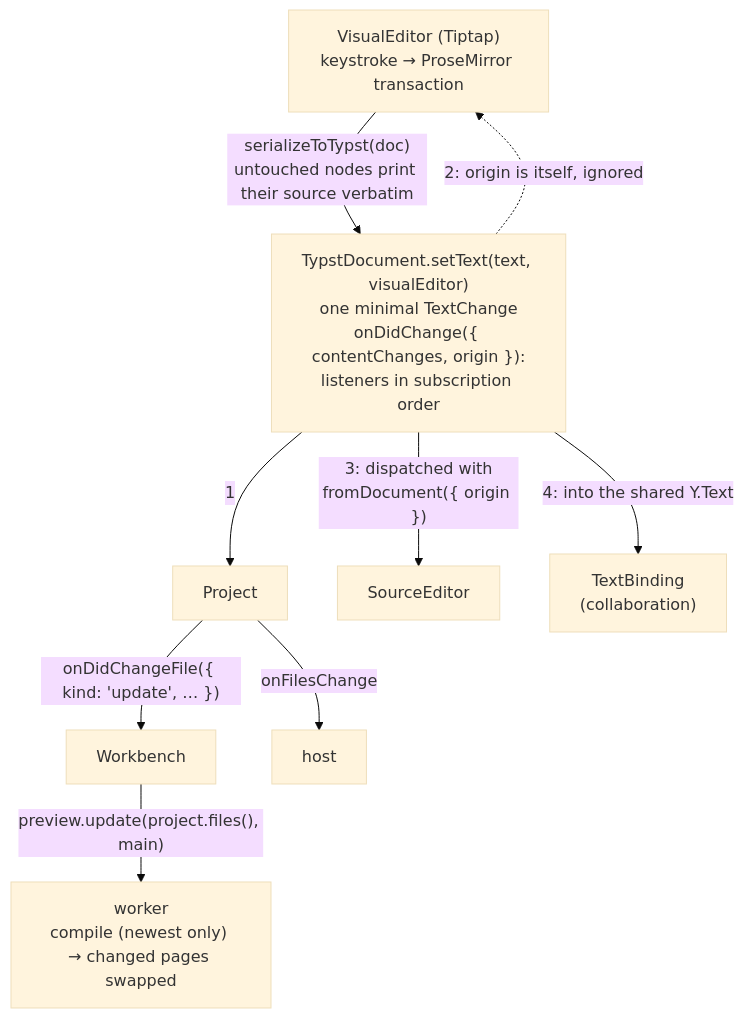
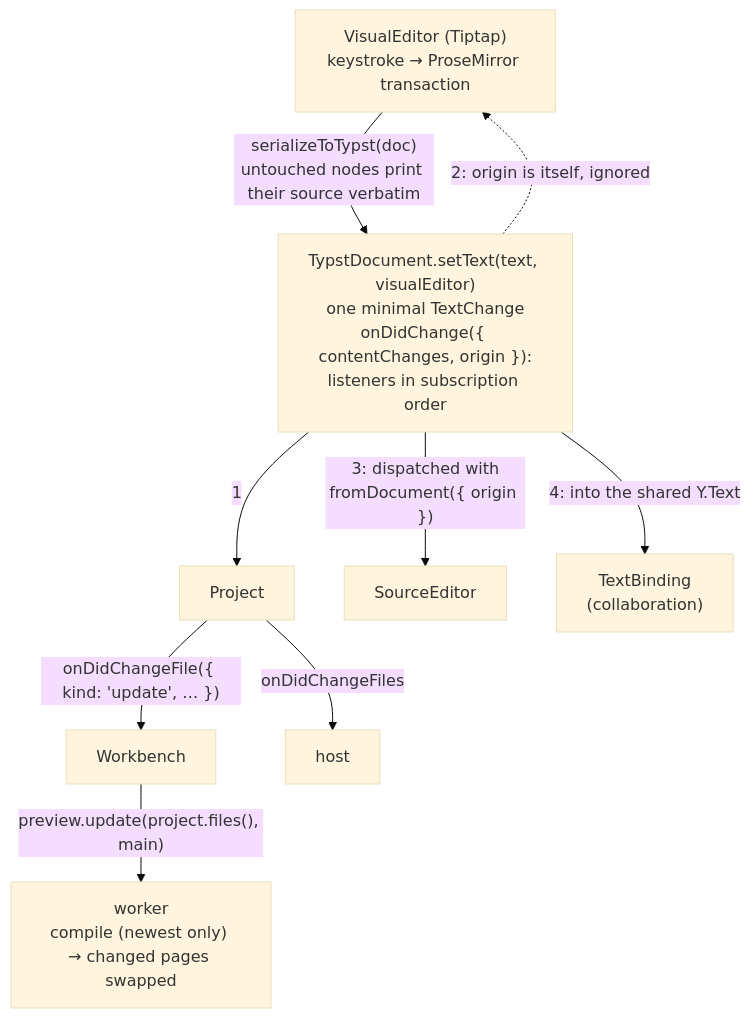
The diagram in docs/diagrams/keystroke.mmd (sandstorm/zwiebelfisch), drawn with Mermaid (base theme) before and after one commit. The commit also changed 13 other files, not shown here.

```diff
--- a/docs/diagrams/keystroke.mmd
+++ b/docs/diagrams/keystroke.mmd
@@ -1,25 +1,25 @@
 flowchart TD
   visual["`VisualEditor (Tiptap)
   keystroke → ProseMirror transaction`"]
   document["`TypstDocument.setText(text, visualEditor)
   one minimal TextChange
   onDidChange({ contentChanges, origin }):
   listeners in subscription order`"]
   project["Project"]
   workbench["Workbench"]
   worker["`worker
   compile (newest only) → changed pages swapped`"]
   host["host"]
   source["SourceEditor"]
   binding["`TextBinding
   (collaboration)`"]
   visual -- "`serializeToTypst(doc)
   untouched nodes print their source verbatim`" --> document
   document -- 1 --> project
   document -. "`2: origin is itself, ignored`" .-> visual
   document -- "`3: dispatched with
   fromDocument({ origin })`" --> source
   document -- "`4: into the shared Y.Text`" --> binding
   project -- "`onDidChangeFile({ kind: 'update', … })`" --> workbench
-  project -- onFilesChange --> host
+  project -- onDidChangeFiles --> host
   workbench -- "`preview.update(project.files(), main)`" --> worker
```
